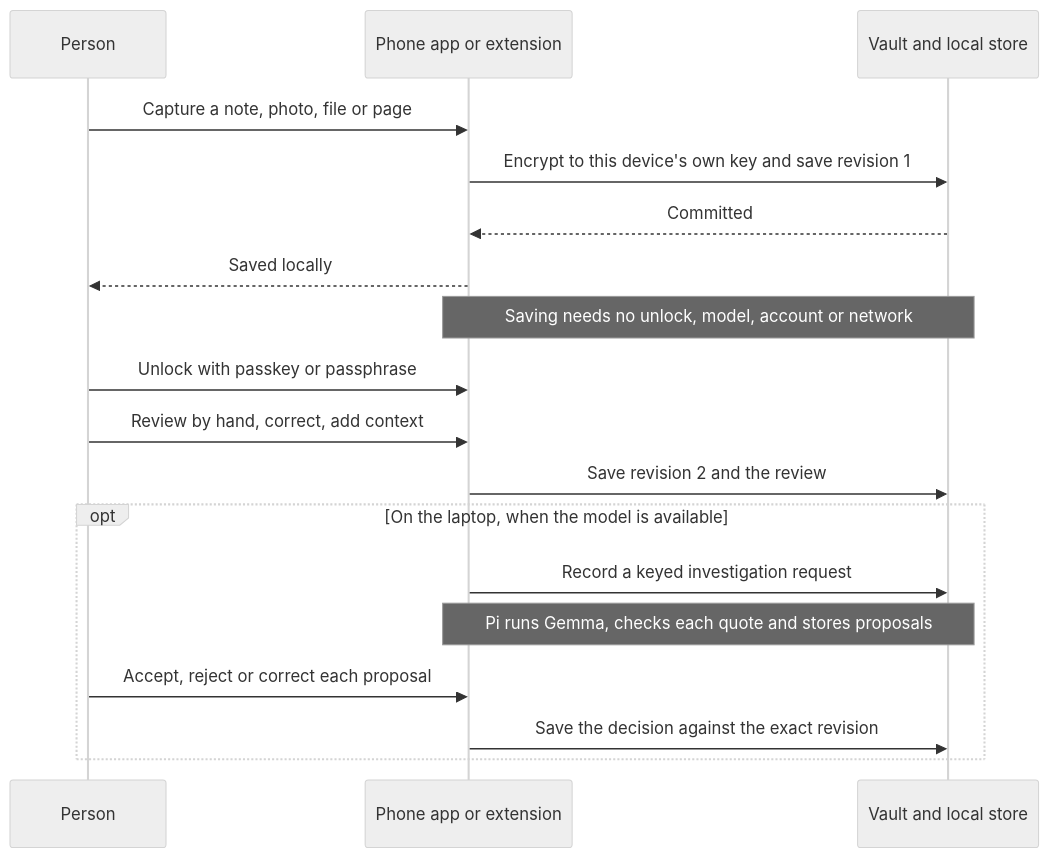
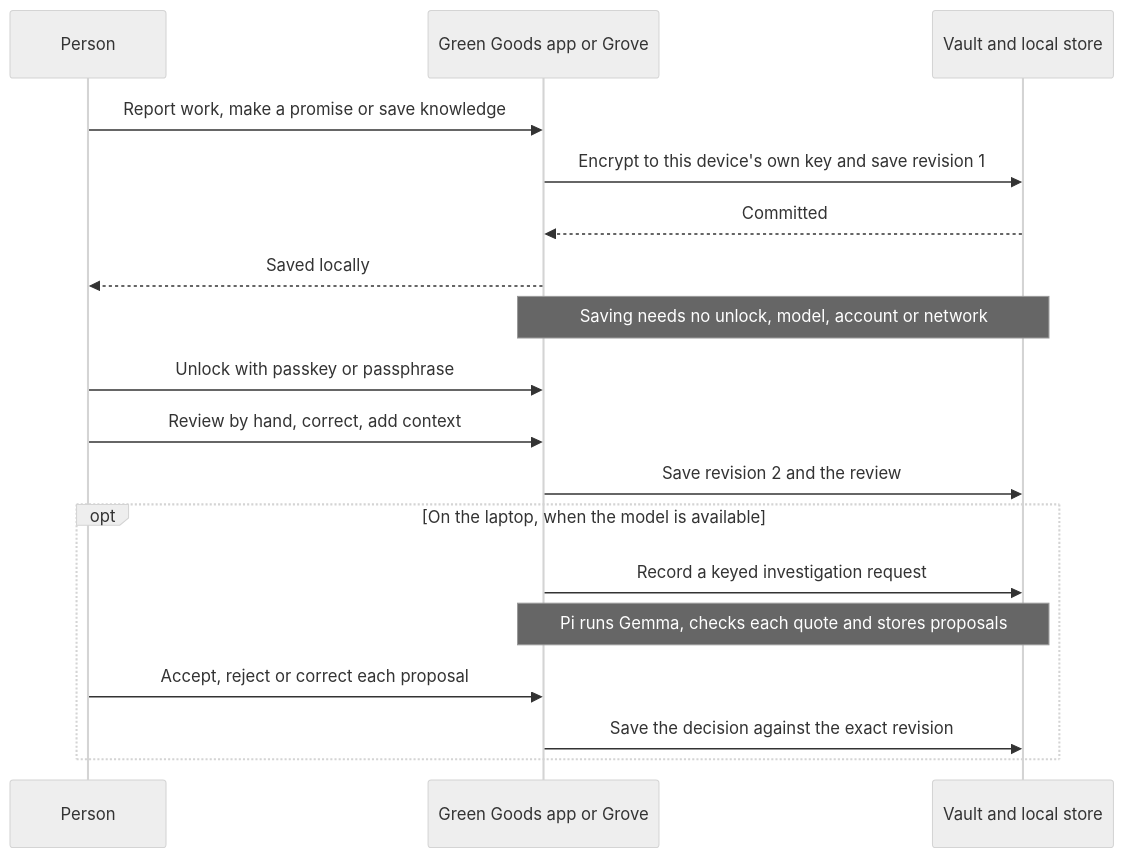
The second of 15 diagrams in .plans/ideas/grove/architecture-flows.md (greenpill-dev-guild/green-goods), drawn with Mermaid (neutral theme) before and after one commit. The commit also changed other lines of this file and 16 other files, not shown here.

First line of the commit message:
docs(plans): reframe the hub as Green Goods working fully locally

````diff
--- a/.plans/ideas/grove/architecture-flows.md
+++ b/.plans/ideas/grove/architecture-flows.md
@@ -51,20 +51,20 @@
 ```mermaid
 sequenceDiagram
   participant P as Person
-  participant C as Phone app or extension
+  participant C as Green Goods app or Grove
   participant V as Vault and local store
-  P->>C: Capture a note, photo, file or page
+  P->>C: Report work, make a promise or save knowledge
   C->>V: Encrypt to this device's own key and save revision 1
   V-->>C: Committed
   C-->>P: Saved locally
   Note over C,V: Saving needs no unlock, model, account or network
   P->>C: Unlock with passkey or passphrase
   P->>C: Review by hand, correct, add context
   C->>V: Save revision 2 and the review
   opt On the laptop, when the model is available
     C->>V: Record a keyed investigation request
     Note over C,V: Pi runs Gemma, checks each quote and stores proposals
     P->>C: Accept, reject or correct each proposal
     C->>V: Save the decision against the exact revision
   end
 ```
````
